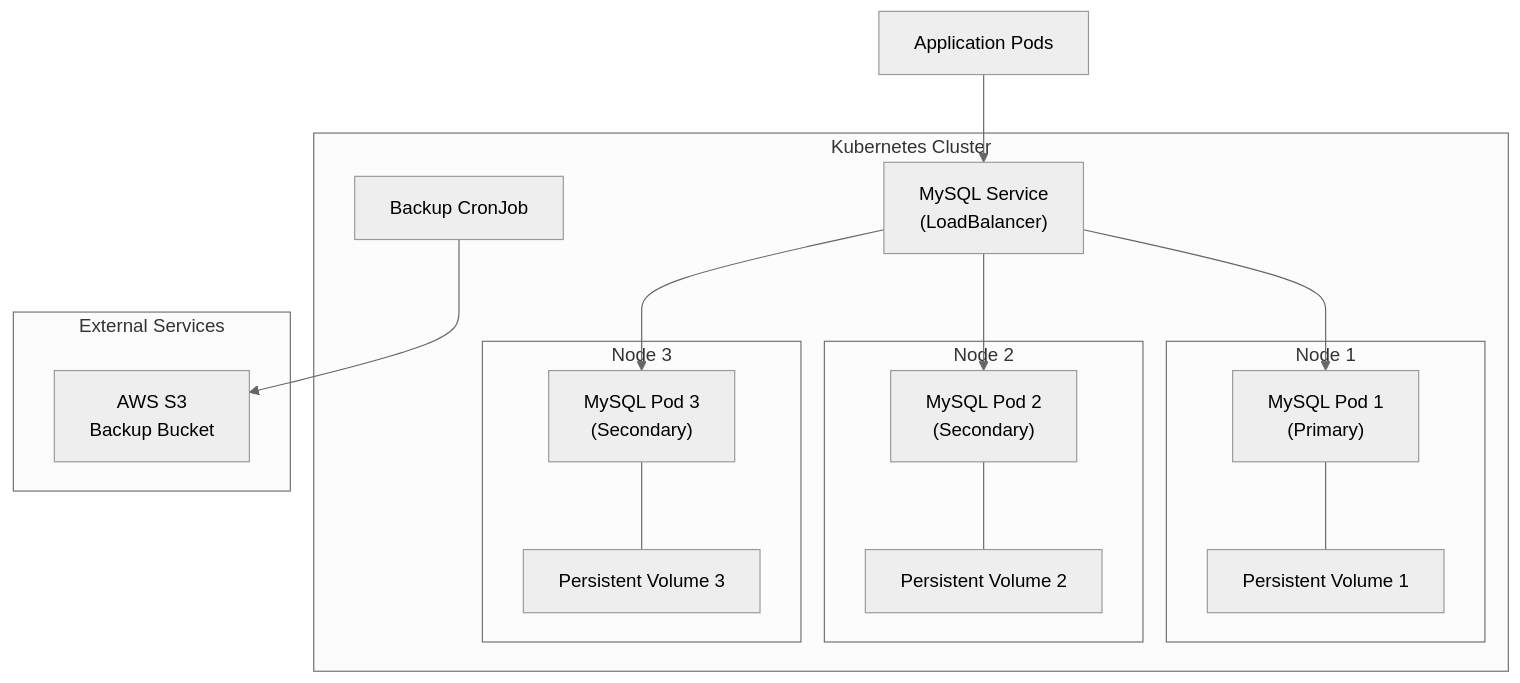
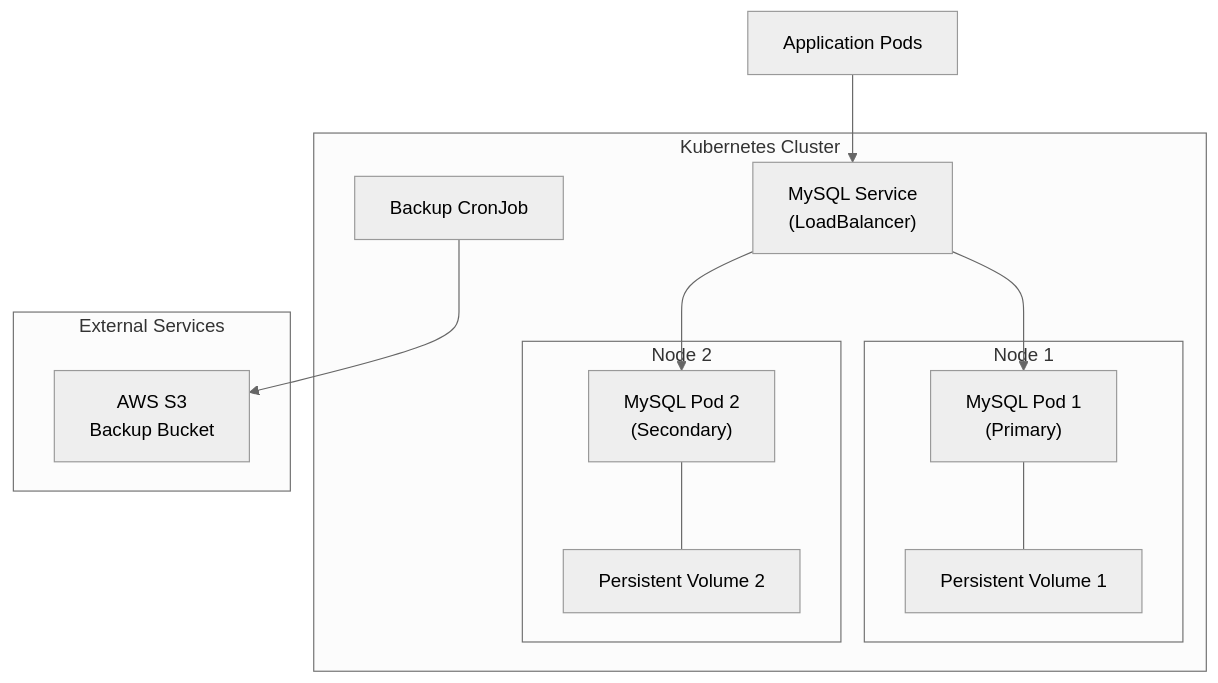
One commit to akshiv/heirloom-project changed the first of 2 diagrams in README.md. Above: the diagram before and after it, drawn with Mermaid (neutral theme). The commit also changed other lines of this file and 8 other files, not shown here.

Commit message:
Completion of the Project, working deployment and helm charts

````diff
--- a/README.md
+++ b/README.md
@@ -19,35 +78,29 @@
 ```mermaid
 flowchart TB
     subgraph "Kubernetes Cluster"
         subgraph "Node 1"
             mysql1["MySQL Pod 1<br>(Primary)"]
             pv1["Persistent Volume 1"]
             mysql1 --- pv1
         end
         subgraph "Node 2"
             mysql2["MySQL Pod 2<br>(Secondary)"]
             pv2["Persistent Volume 2"]
             mysql2 --- pv2
         end
-        subgraph "Node 3"
-            mysql3["MySQL Pod 3<br>(Secondary)"]
-            pv3["Persistent Volume 3"]
-            mysql3 --- pv3
-        end
 
         svc["MySQL Service<br>(LoadBalancer)"]
         svc --> mysql1
         svc --> mysql2
-        svc --> mysql3
 
         cronjob["Backup CronJob"]
     end
 
     app["Application Pods"] --> svc
 
     subgraph "External Services"
         s3["AWS S3<br>Backup Bucket"]
     end
 
     cronjob --> s3
 ```
````
